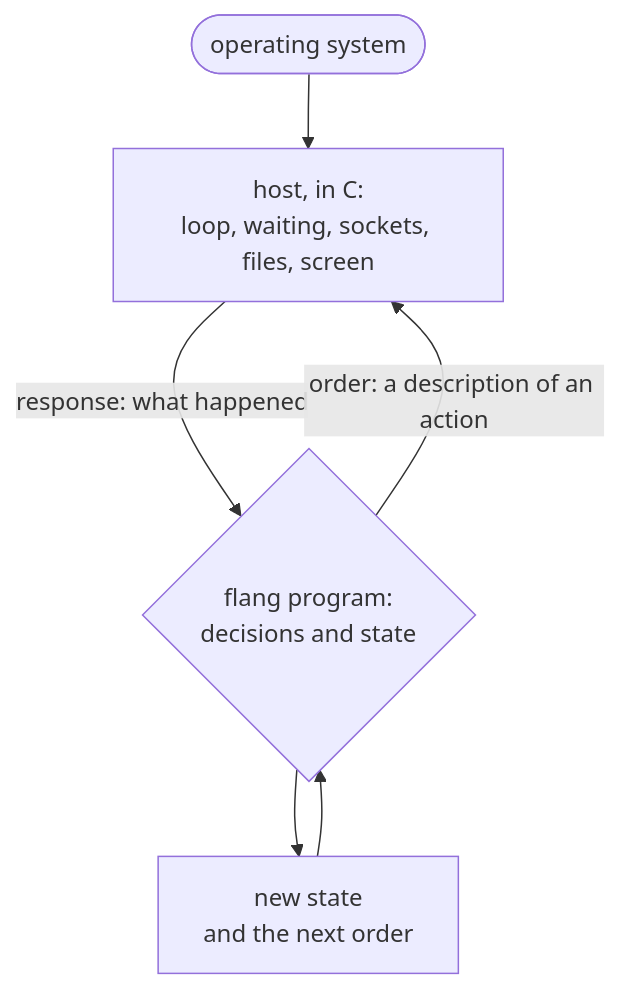
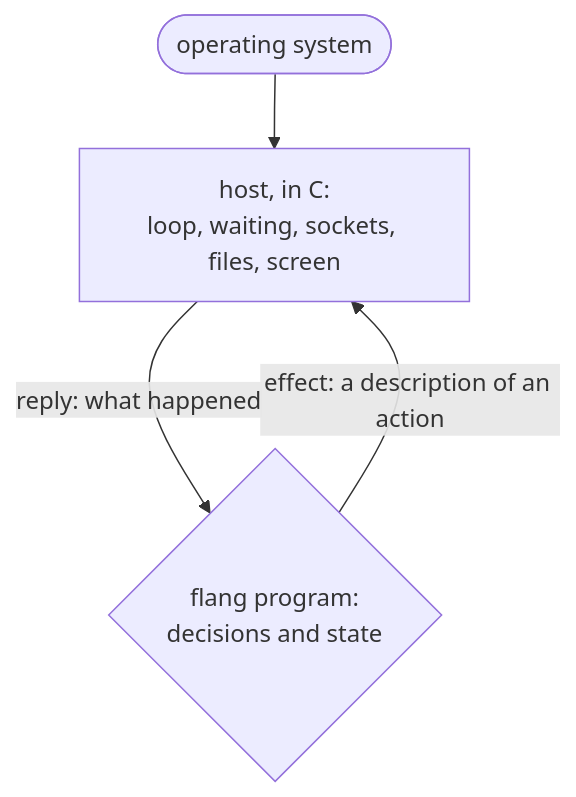
The diagram in docs/site/host-boundary.md (digitable-lol/flang), drawn with Mermaid before and after one commit. The commit also changed other lines of this file and 5 other files, not shown here.

First line of the commit message:
docs(host-boundary): the page is two tables and two runnable examples

````diff
--- a/docs/site/host-boundary.md
+++ b/docs/site/host-boundary.md
@@ -12,9 +11,7 @@
-```mermaid Two layers and the door between them
+```mermaid The program decides, the host performs
 flowchart TD
   OS([operating system]) --> H[host, in C:<br>loop, waiting, sockets, files, screen]
-  H -->|response: what happened| P{flang program:<br>decisions and state}
-  P -->|order: a description of an action| H
-  P --> N[new state<br>and the next order]
-  N --> P
+  H -->|reply: what happened| P{flang program:<br>decisions and state}
+  P -->|effect: a description of an action| H
   class P glavnoe
 ```
````
